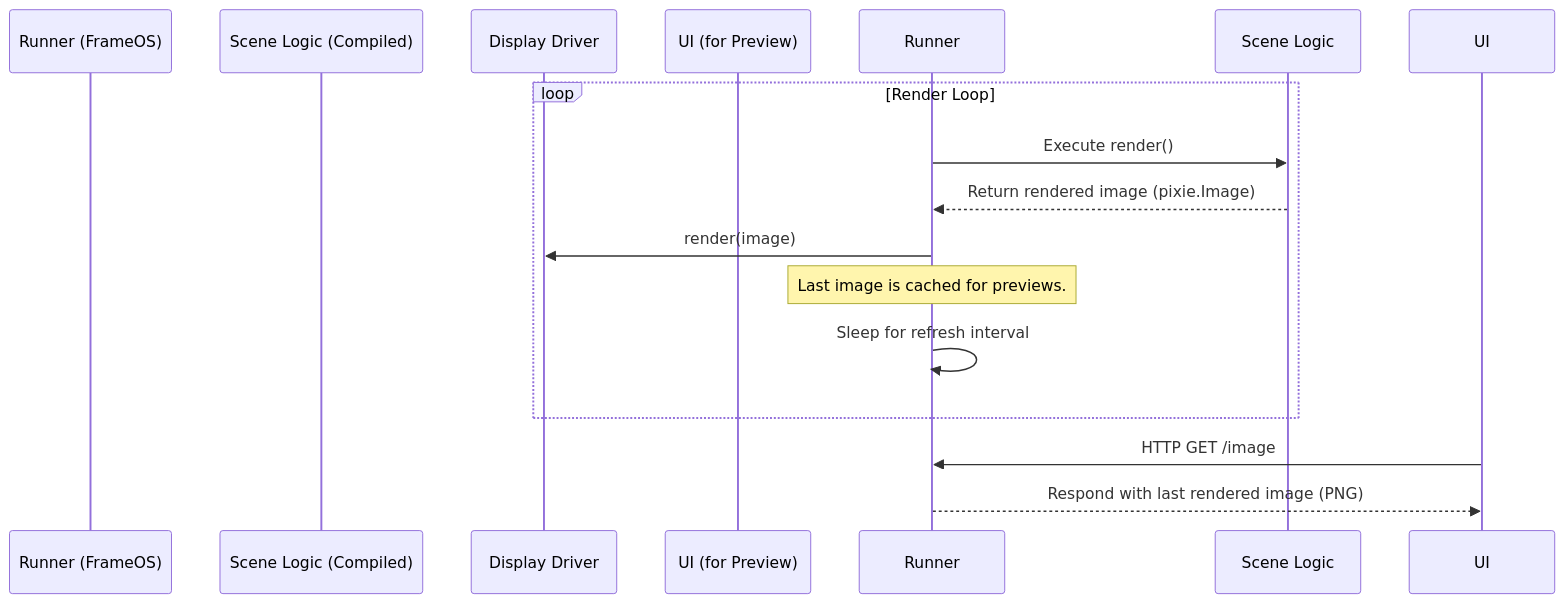
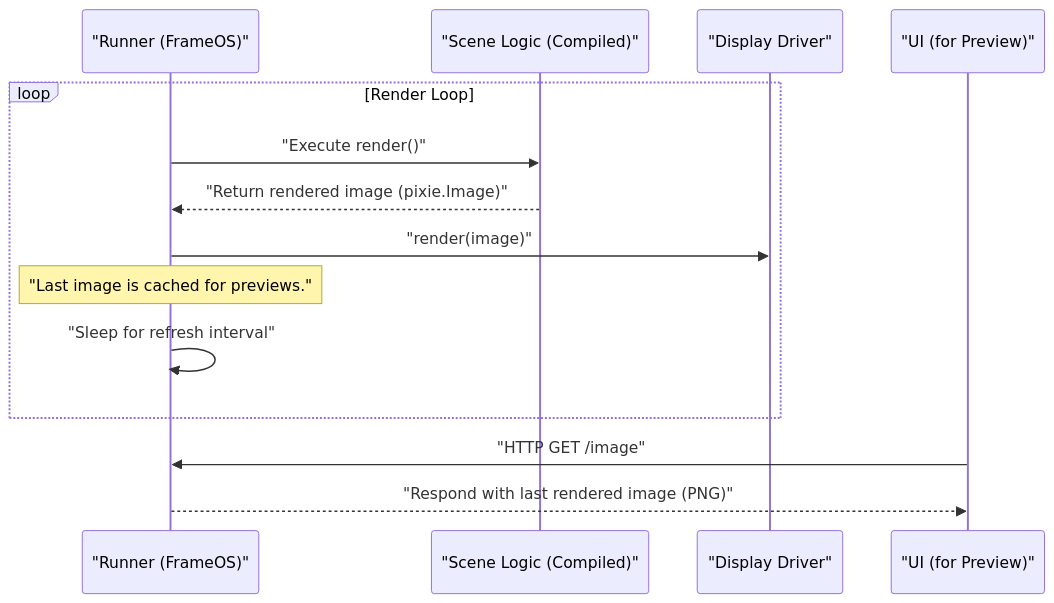
The third of 5 diagrams in ARCHITECTURE.md (deftdawg/frameos), drawn with Mermaid before and after one commit. The commit also changed other lines of this file, not shown here.

First line of the commit message:
fix: Correct mermaid diagram syntax

````diff
--- a/ARCHITECTURE.md
+++ b/ARCHITECTURE.md
@@ -80,18 +80,18 @@
 ```mermaid
 sequenceDiagram
-    participant Runner (FrameOS)
-    participant Scene Logic (Compiled)
-    participant Display Driver
-    participant UI (for Preview)
+    participant "Runner (FrameOS)"
+    participant "Scene Logic (Compiled)"
+    participant "Display Driver"
+    participant "UI (for Preview)"
 
     loop Render Loop
-        Runner->>Scene Logic: Execute render()
-        Scene Logic-->>Runner: Return rendered image (pixie.Image)
-        Runner->>Display Driver: render(image)
-        Note over Runner: Last image is cached for previews.
-        Runner->>Runner: Sleep for refresh interval
+        "Runner (FrameOS)"->>"Scene Logic (Compiled)": "Execute render()"
+        "Scene Logic (Compiled)"-->>"Runner (FrameOS)": "Return rendered image (pixie.Image)"
+        "Runner (FrameOS)"->>"Display Driver": "render(image)"
+        Note over "Runner (FrameOS)": "Last image is cached for previews."
+        "Runner (FrameOS)"->>"Runner (FrameOS)": "Sleep for refresh interval"
     end
 
-    UI->>Runner: HTTP GET /image
-    Runner-->>UI: Respond with last rendered image (PNG)
+    "UI (for Preview)"->>"Runner (FrameOS)": "HTTP GET /image"
+    "Runner (FrameOS)"-->>"UI (for Preview)": "Respond with last rendered image (PNG)"
 ```
````
